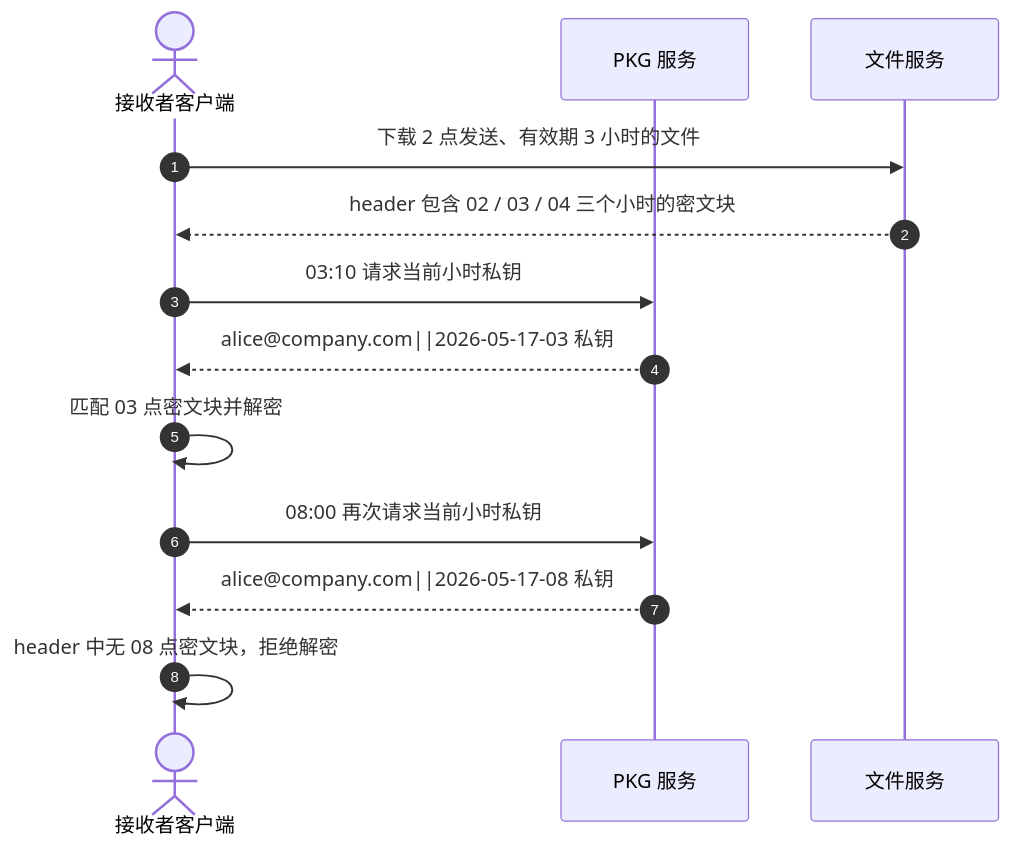
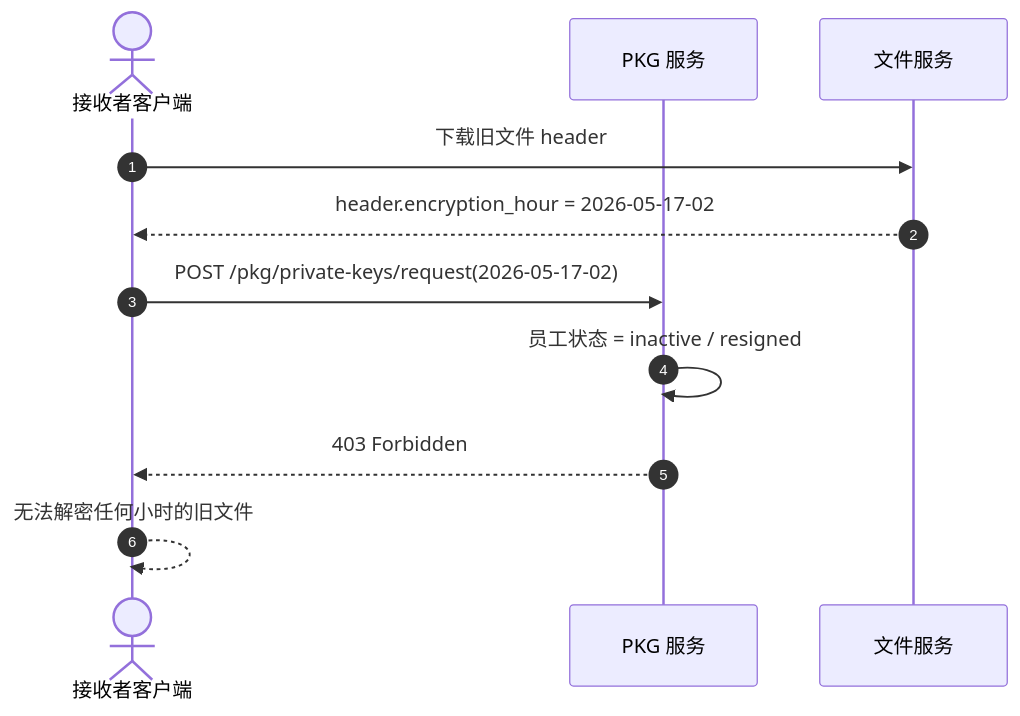
Before and after one commit to firfisa/BF-IBE: the sixth of 7 diagrams in docs/diagrams.md, drawn with Mermaid. The commit also changed other lines of this file and 6 other files, not shown here.

````diff
--- a/docs/diagrams.md
+++ b/docs/diagrams.md
@@ -101,16 +101,14 @@
 ```mermaid
 sequenceDiagram
   autonumber
   actor Client as 接收者客户端
   participant PKG as PKG 服务
   participant FS as 文件服务
 
-  Client->>FS: 下载 2 点发送、有效期 3 小时的文件
-  FS-->>Client: header 包含 02 / 03 / 04 三个小时的密文块
-  Client->>PKG: 03:10 请求当前小时私钥
-  PKG-->>Client: alice@company.com||2026-05-17-03 私钥
-  Client->>Client: 匹配 03 点密文块并解密
-  Client->>PKG: 08:00 再次请求当前小时私钥
-  PKG-->>Client: alice@company.com||2026-05-17-08 私钥
-  Client->>Client: header 中无 08 点密文块，拒绝解密
+  Client->>FS: 下载旧文件 header
+  FS-->>Client: header.encryption_hour = 2026-05-17-02
+  Client->>PKG: POST /pkg/private-keys/request(2026-05-17-02)
+  PKG->>PKG: 员工状态 = inactive / resigned
+  PKG-->>Client: 403 Forbidden
+  Client-->>Client: 无法解密任何小时的旧文件
 ```
````
